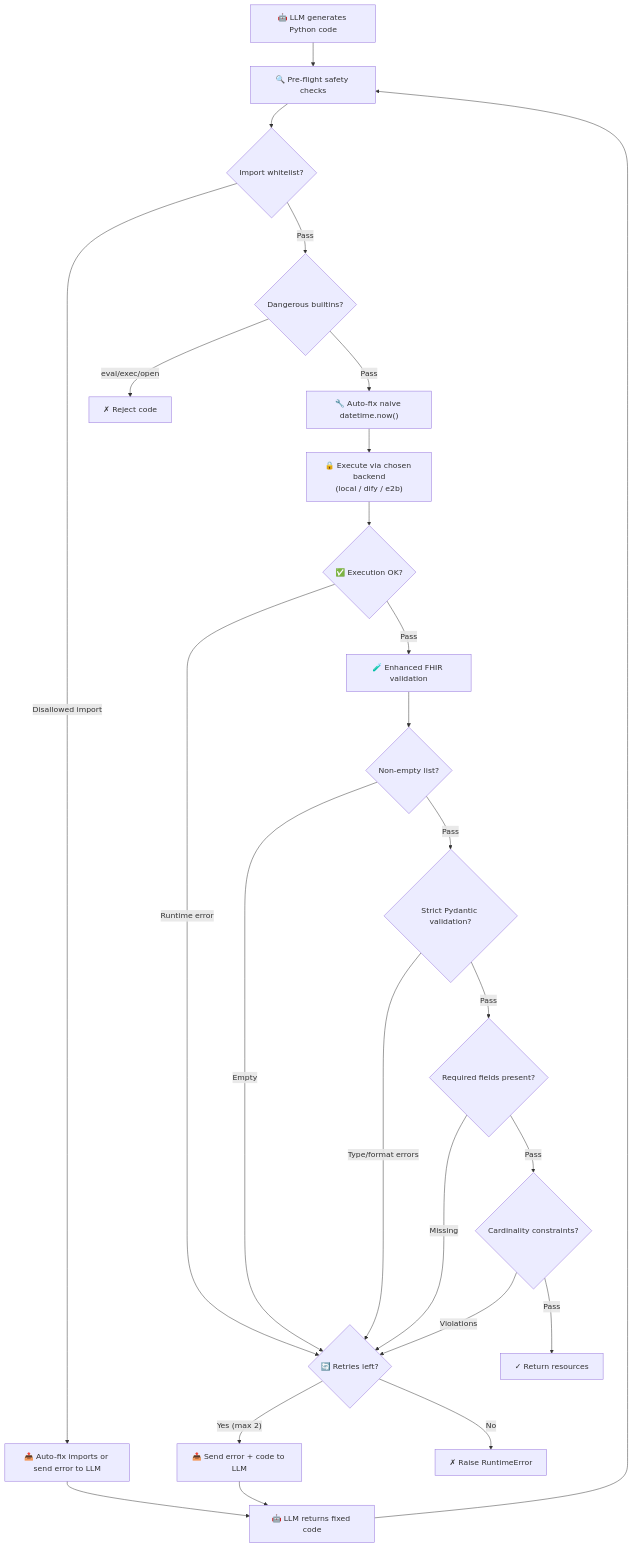
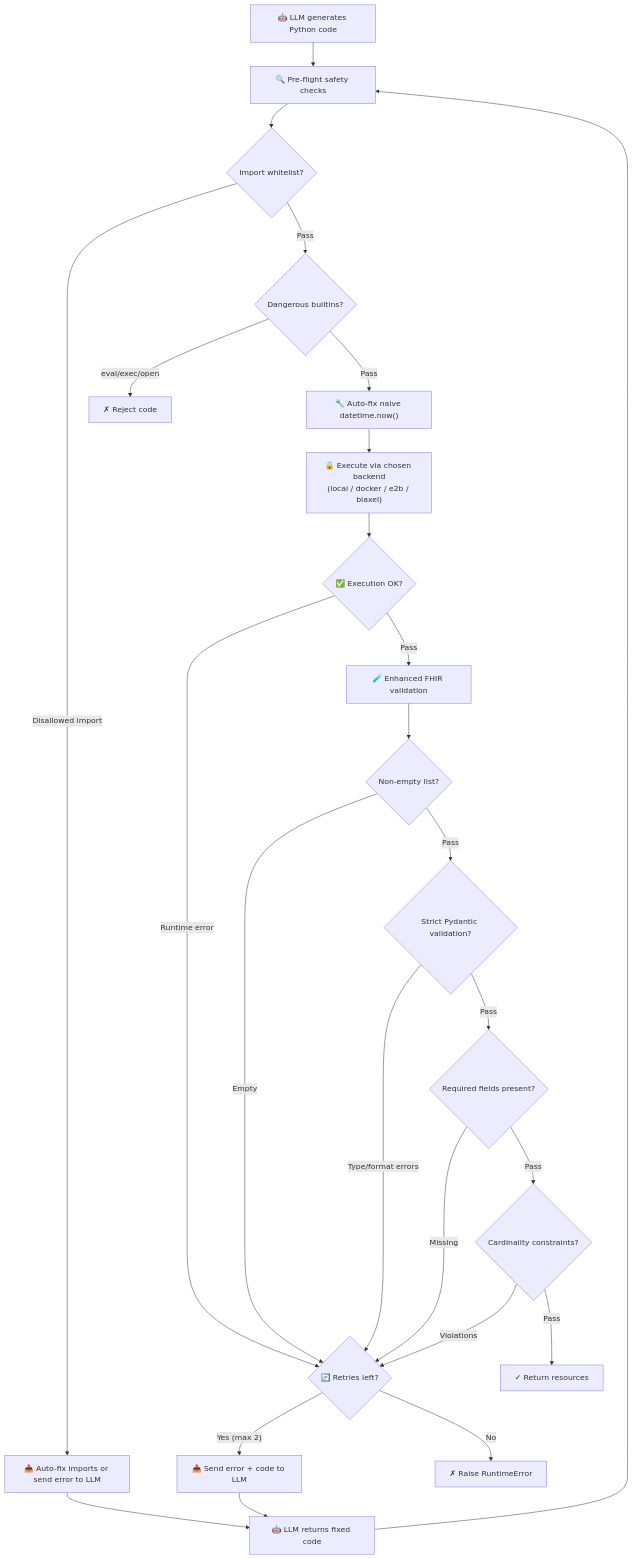
One commit to alvinhenrick/fhir-synth changed the third of 3 diagrams in docs/architecture.md. Above: the diagram before and after it, drawn with Mermaid. The commit also changed other lines of this file and 18 other files, not shown here.

````diff
--- a/docs/architecture.md
+++ b/docs/architecture.md
@@ -128,29 +130,29 @@
 ```mermaid
 flowchart TD
     A["🤖 LLM generates Python code"] --> B["🔍 Pre-flight safety checks"]
     B --> B1{"Import whitelist?"}
     B1 -->|"Disallowed import"| FIX["📤 Auto-fix imports or send error to LLM"]
     B1 -->|Pass| B2{"Dangerous builtins?"}
     B2 -->|"eval/exec/open"| REJECT["✗ Reject code"]
     B2 -->|Pass| B3["🔧 Auto-fix naive datetime.now()"]
-    B3 --> C["🔒 Execute via chosen backend<br/>(local / dify / e2b)"]
+    B3 --> C["🔒 Execute via chosen backend<br/>(local / docker / e2b / blaxel)"]
     C --> D{"✅ Execution OK?"}
     D -->|"Runtime error"| RETRY
     D -->|Pass| E["🧪 Enhanced FHIR validation"]
     E --> E1{"Non-empty list?"}
     E1 -->|Empty| RETRY
     E1 -->|Pass| E2{"Strict Pydantic validation?"}
     E2 -->|Type/format errors| RETRY
     E2 -->|Pass| E3{"Required fields present?"}
     E3 -->|Missing| RETRY
     E3 -->|Pass| E4{"Cardinality constraints?"}
     E4 -->|Violations| RETRY
     E4 -->|Pass| F["✓ Return resources"]
 
     RETRY{"🔄 Retries left?"}
     RETRY -->|"Yes (max 2)"| FIX2["📤 Send error + code to LLM"]
     RETRY -->|No| H["✗ Raise RuntimeError"]
     FIX2 --> G["🤖 LLM returns fixed code"]
     FIX --> G
     G --> B
 ```
````
